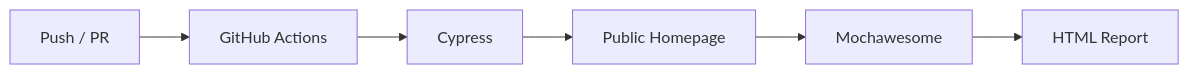
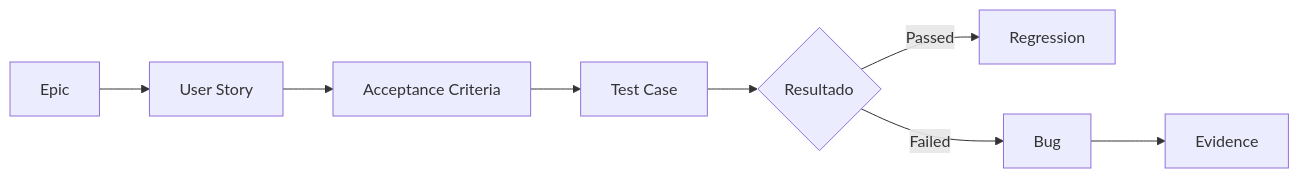
One commit to MichaelR21z/shady-meadows-bnb-automation changed the fourth of 4 diagrams in docs/test-strategy.md. Above: the diagram before and after it, drawn with Mermaid. The commit also changed other lines of this file, not shown here.

````diff
--- a/docs/test-strategy.md
+++ b/docs/test-strategy.md
@@ -298,8 +324,10 @@
 ```mermaid
 flowchart LR
-    A[Push / PR] --> B[GitHub Actions]
-    B --> C[Cypress]
-    C --> D[Public Homepage]
-    D --> E[Mochawesome]
-    E --> F[HTML Report]
+    A[Epic] --> B[User Story]
+    B --> C[Acceptance Criteria]
+    C --> D[Test Case]
+    D --> E{Resultado}
+    E -->|Passed| F[Regression]
+    E -->|Failed| G[Bug]
+    G --> H[Evidence]
 ```
````
